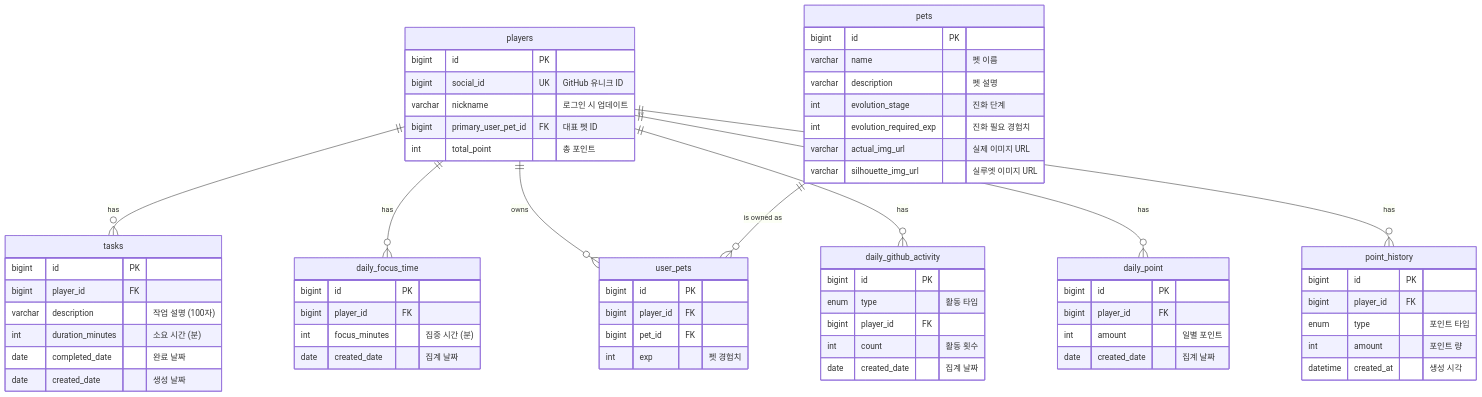
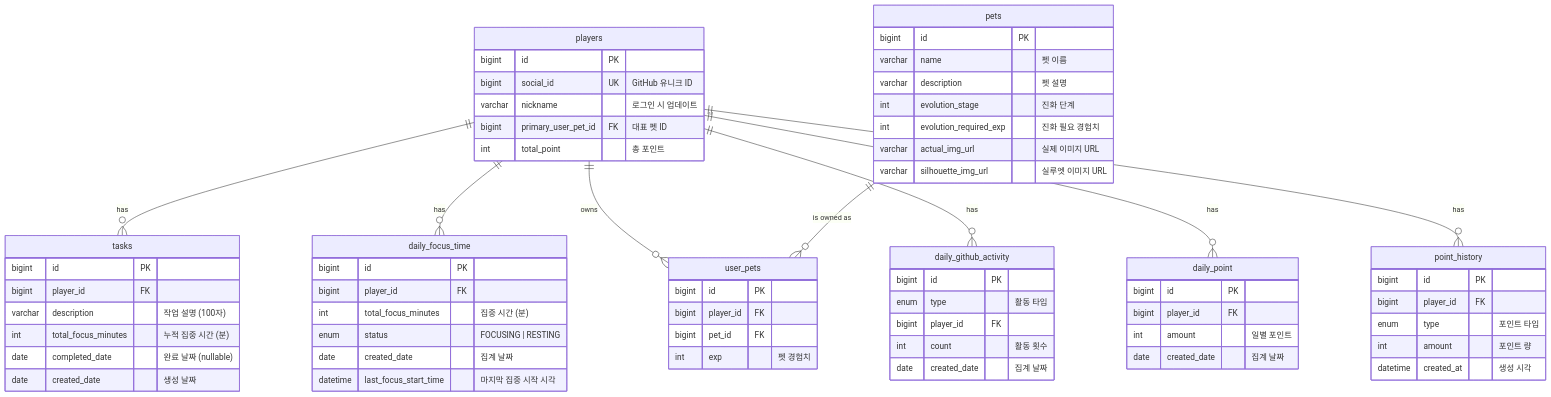
The diagram in docs/guides/ERD.md (boostcampwm2025/web19-estrogenquattro), drawn with Mermaid before and after one commit. The commit also changed other lines of this file and 6 other files, not shown here.

Commit message:
docs: sync task and focus time docs

````diff
--- a/docs/guides/ERD.md
+++ b/docs/guides/ERD.md
@@ -11,74 +11,76 @@
 ```mermaid
 erDiagram
     players ||--o{ tasks : has
     players ||--o{ daily_focus_time : has
     players ||--o{ user_pets : owns
     players ||--o{ daily_github_activity : has
     players ||--o{ daily_point : has
     players ||--o{ point_history : has
     pets ||--o{ user_pets : "is owned as"
 
     players {
         bigint id PK
         bigint social_id UK "GitHub 유니크 ID"
         varchar nickname "로그인 시 업데이트"
         bigint primary_user_pet_id FK "대표 펫 ID"
         int total_point "총 포인트"
     }
 
     tasks {
         bigint id PK
         bigint player_id FK
         varchar description "작업 설명 (100자)"
-        int duration_minutes "소요 시간 (분)"
-        date completed_date "완료 날짜"
+        int total_focus_minutes "누적 집중 시간 (분)"
+        date completed_date "완료 날짜 (nullable)"
         date created_date "생성 날짜"
     }
 
     daily_focus_time {
         bigint id PK
         bigint player_id FK
-        int focus_minutes "집중 시간 (분)"
+        int total_focus_minutes "집중 시간 (분)"
+        enum status "FOCUSING | RESTING"
         date created_date "집계 날짜"
+        datetime last_focus_start_time "마지막 집중 시작 시각"
     }
 
     pets {
         bigint id PK
         varchar name "펫 이름"
         varchar description "펫 설명"
         int evolution_stage "진화 단계"
         int evolution_required_exp "진화 필요 경험치"
         varchar actual_img_url "실제 이미지 URL"
         varchar silhouette_img_url "실루엣 이미지 URL"
     }
 
     user_pets {
         bigint id PK
         bigint player_id FK
         bigint pet_id FK
         int exp "펫 경험치"
     }
 
     daily_github_activity {
         bigint id PK
         enum type "활동 타입"
         bigint player_id FK
         int count "활동 횟수"
         date created_date "집계 날짜"
     }
 
     daily_point {
         bigint id PK
         bigint player_id FK
         int amount "일별 포인트"
         date created_date "집계 날짜"
     }
 
     point_history {
         bigint id PK
         bigint player_id FK
         enum type "포인트 타입"
         int amount "포인트 량"
         datetime created_at "생성 시각"
     }
 ```
````
